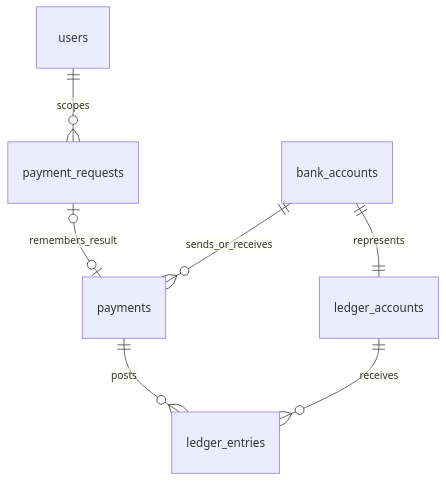
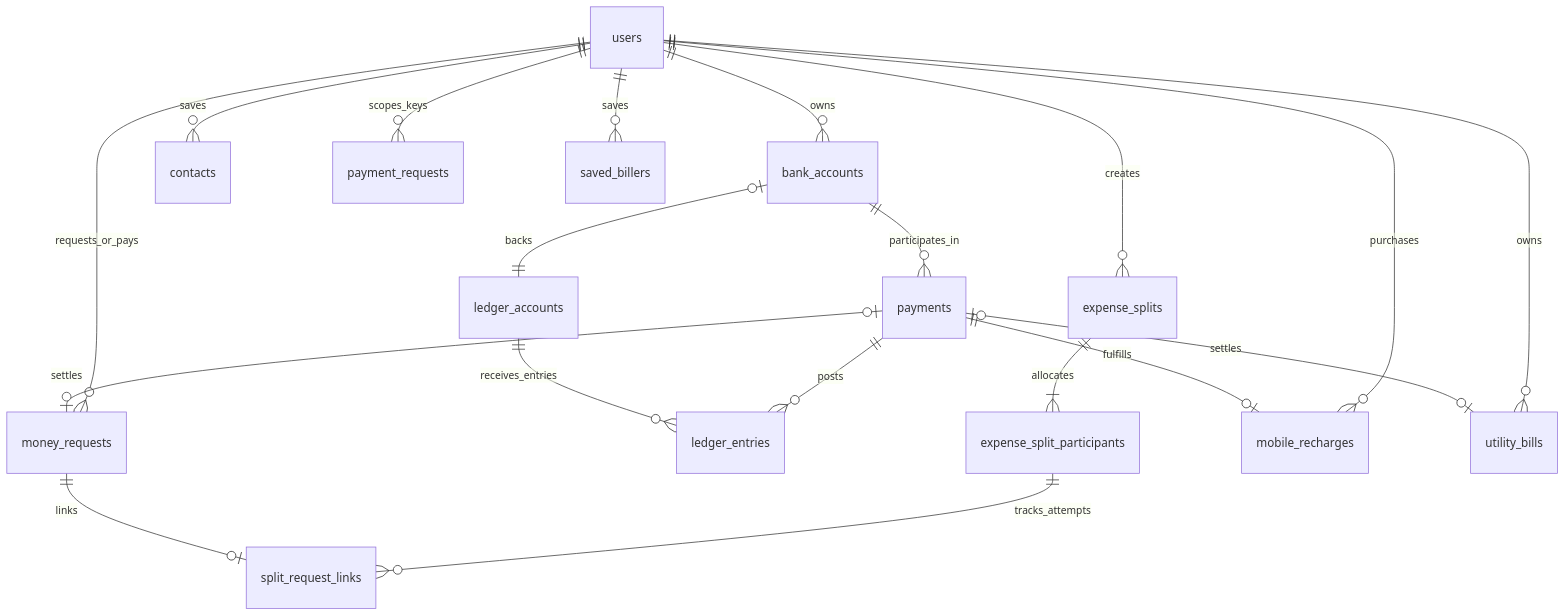
One commit to Harshita2011/PayFlow changed the third of 3 diagrams in README.md. Above: the diagram before and after it, drawn with Mermaid. The commit also changed other lines of this file, not shown here.

````diff
--- a/README.md
+++ b/README.md
@@ -1585,9 +180,21 @@
 ```mermaid
 erDiagram
-    users ||--o{ payment_requests : scopes
-    bank_accounts ||--|| ledger_accounts : represents
-    bank_accounts ||--o{ payments : sends_or_receives
+    users ||--o{ bank_accounts : owns
+    users ||--o{ contacts : saves
+    users ||--o{ money_requests : requests_or_pays
+    users ||--o{ payment_requests : scopes_keys
+    bank_accounts ||--o{ payments : participates_in
+    bank_accounts o|--|| ledger_accounts : backs
     payments ||--o{ ledger_entries : posts
-    ledger_accounts ||--o{ ledger_entries : receives
-    payment_requests |o--o| payments : remembers_result
+    ledger_accounts ||--o{ ledger_entries : receives_entries
+    payments o|--o| money_requests : settles
+    users ||--o{ expense_splits : creates
+    expense_splits ||--|{ expense_split_participants : allocates
+    expense_split_participants ||--o{ split_request_links : tracks_attempts
+    money_requests ||--o| split_request_links : links
+    users ||--o{ mobile_recharges : purchases
+    payments ||--o| mobile_recharges : fulfills
+    users ||--o{ utility_bills : owns
+    payments o|--o| utility_bills : settles
+    users ||--o{ saved_billers : saves
 ```
````
